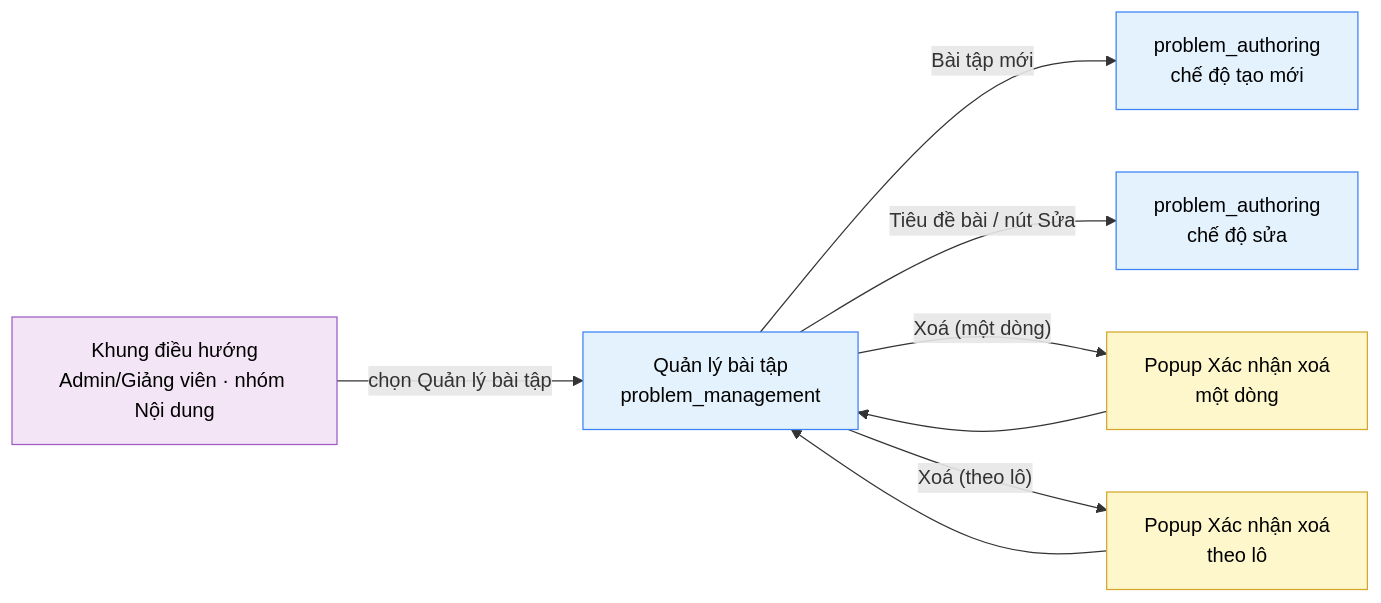
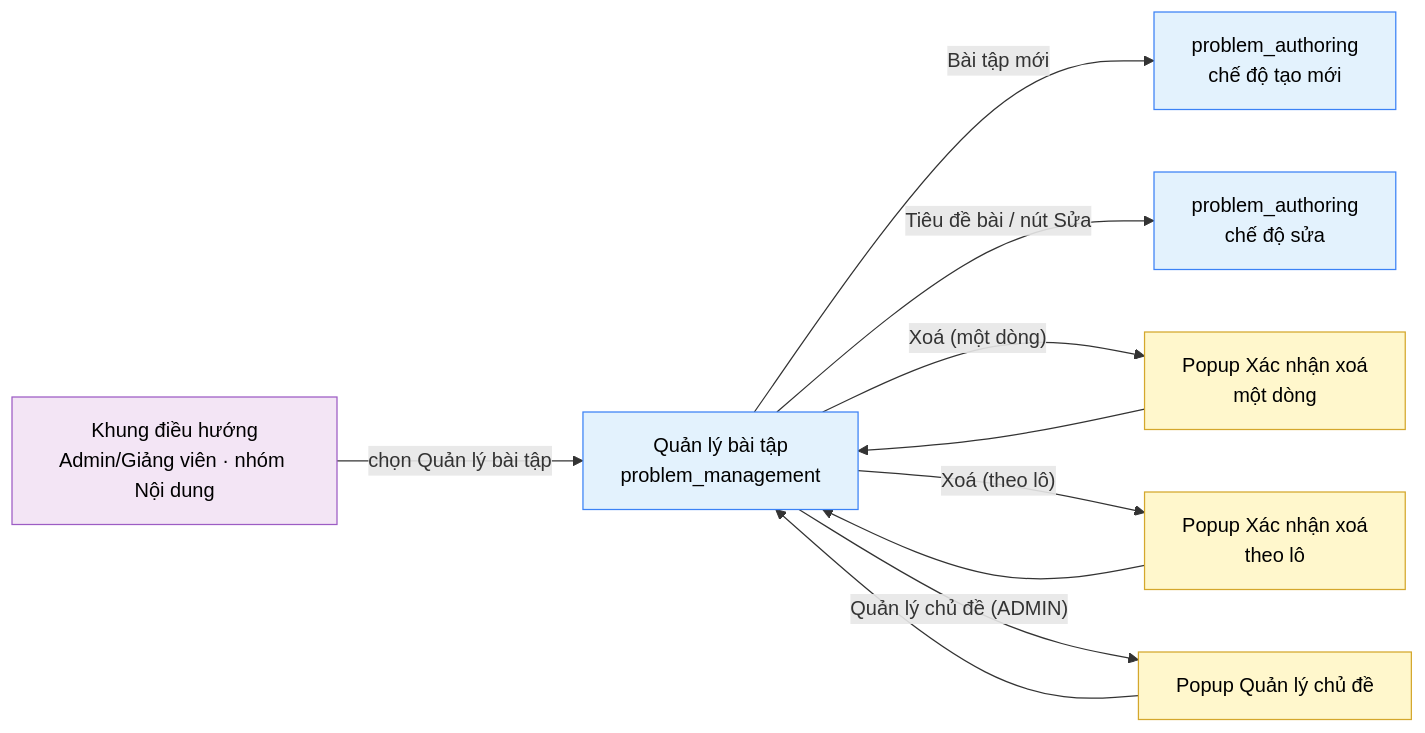
One commit to daiphu1801/PRJ_ALGOPREP changed the diagram in 02-bd/screens/shared/SHR0201_problem_management.md. Above: the diagram before and after it, drawn with Mermaid. The commit also changed other lines of this file and 37 other files, not shown here.

````diff
--- a/02-bd/screens/shared/SHR0201_problem_management.md
+++ b/02-bd/screens/shared/SHR0201_problem_management.md
@@ -156,19 +176,21 @@
 ```mermaid
 flowchart LR
     nav["Khung điều hướng<br/>Admin/Giảng viên · nhóm Nội dung"] -->|"chọn Quản lý bài tập"| main["Quản lý bài tập<br/>problem_management"]
     main -->|"Bài tập mới"| create["problem_authoring<br/>chế độ tạo mới"]
     main -->|"Tiêu đề bài / nút Sửa"| edit["problem_authoring<br/>chế độ sửa"]
     main -->|"Xoá (một dòng)"| delOne["Popup Xác nhận xoá<br/>một dòng"]
     main -->|"Xoá (theo lô)"| delBulk["Popup Xác nhận xoá<br/>theo lô"]
+    main -->|"Quản lý chủ đề (ADMIN)"| topics["Popup Quản lý chủ đề"]
     delOne --> main
     delBulk --> main
+    topics --> main
 
     classDef source fill:#F3E5F5,stroke:#9C5CC4,color:#000
     classDef screen fill:#E3F2FD,stroke:#3B82F6,color:#000
     classDef popup fill:#FFF7CC,stroke:#D4A72C,color:#000
 
     class nav source
     class main screen
     class create,edit screen
-    class delOne,delBulk popup
+    class delOne,delBulk,topics popup
 ```
````
